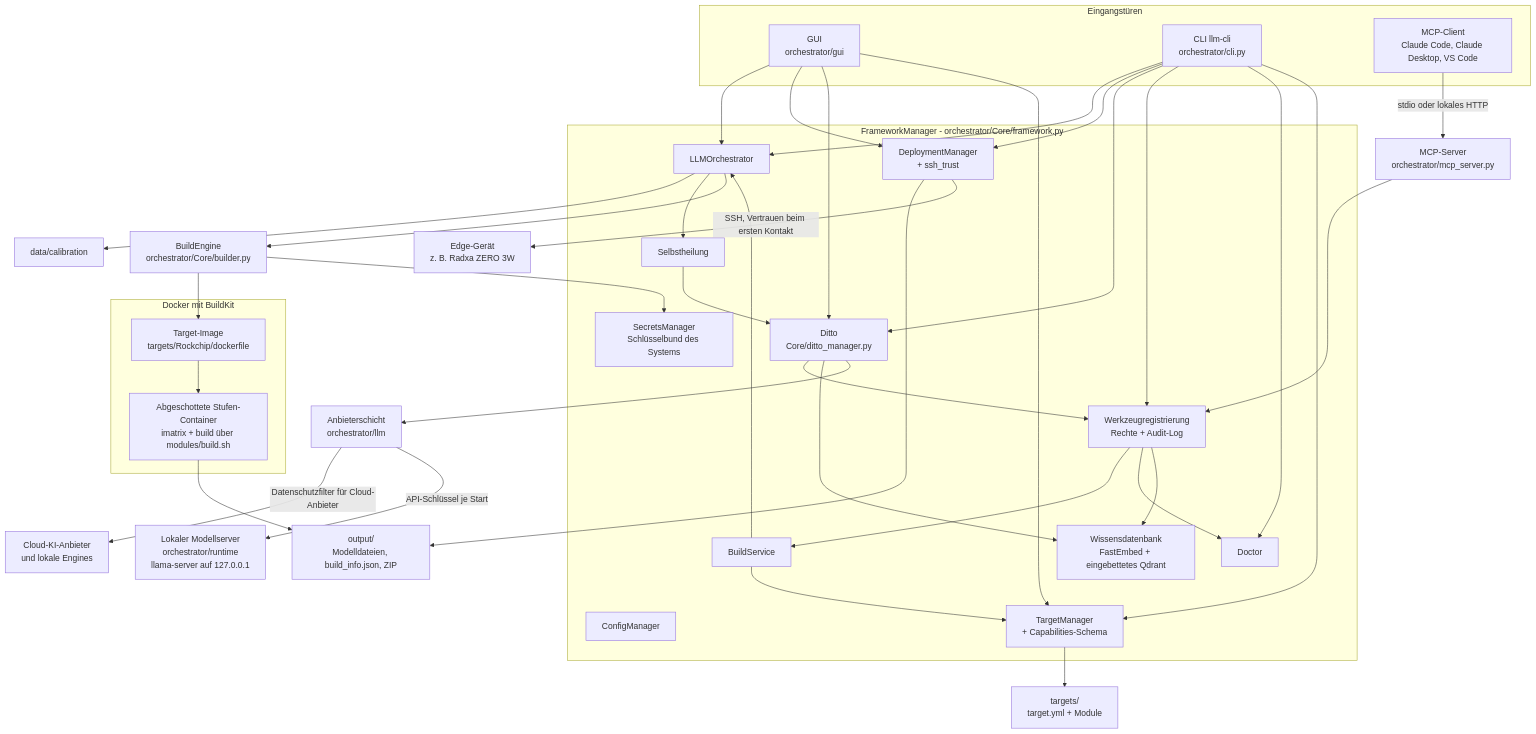
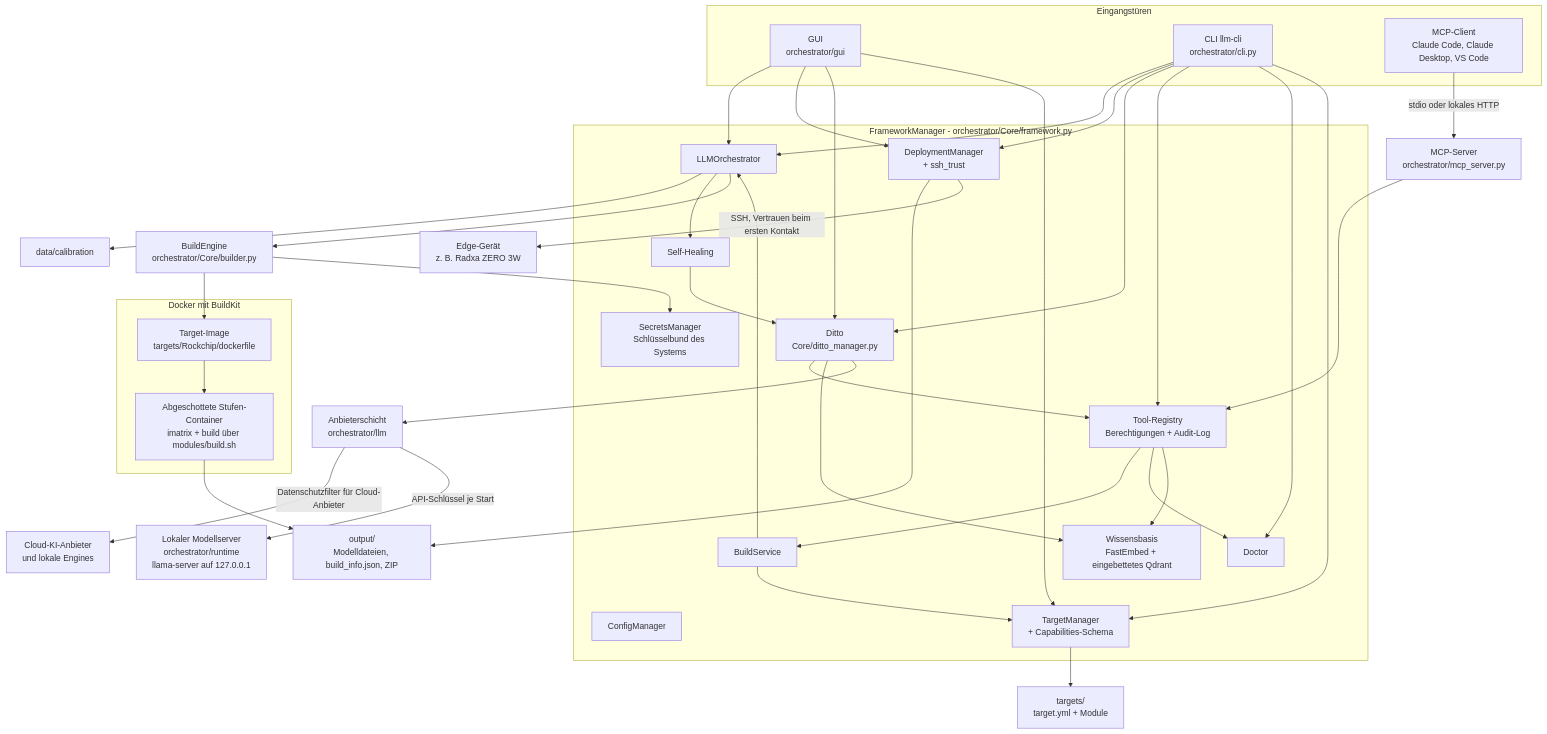
One commit to Smilez1985/LLM_Cross-Compiler_Framework changed the first of 2 diagrams in docs/BLUEPRINT_DE.md. Above: the diagram before and after it, drawn with Mermaid. The commit also changed other lines of this file and 7 other files, not shown here.

````diff
--- a/docs/BLUEPRINT_DE.md
+++ b/docs/BLUEPRINT_DE.md
@@ -82,71 +82,71 @@
 ```mermaid
 flowchart TB
     subgraph Doors["Eingangstüren"]
         GUI["GUI<br/>orchestrator/gui"]
         CLI["CLI llm-cli<br/>orchestrator/cli.py"]
         CLIENT["MCP-Client<br/>Claude Code, Claude Desktop, VS Code"]
     end
     MCPS["MCP-Server<br/>orchestrator/mcp_server.py"]
 
     subgraph Core["FrameworkManager - orchestrator/Core/framework.py"]
         CFG["ConfigManager"]
         SEC["SecretsManager<br/>Schlüsselbund des Systems"]
         TM["TargetManager<br/>+ Capabilities-Schema"]
-        TOOLS["Werkzeugregistrierung<br/>Rechte + Audit-Log"]
+        TOOLS["Tool-Registry<br/>Berechtigungen + Audit-Log"]
         BS["BuildService"]
         ORC["LLMOrchestrator"]
-        HEAL["Selbstheilung"]
+        HEAL["Self-Healing"]
         DITTO["Ditto<br/>Core/ditto_manager.py"]
-        RAG["Wissensdatenbank<br/>FastEmbed + eingebettetes Qdrant"]
+        RAG["Wissensbasis<br/>FastEmbed + eingebettetes Qdrant"]
         DOC["Doctor"]
         DEP["DeploymentManager<br/>+ ssh_trust"]
     end
 
     LLM["Anbieterschicht<br/>orchestrator/llm"]
     RT["Lokaler Modellserver<br/>orchestrator/runtime<br/>llama-server auf 127.0.0.1"]
     CLOUD["Cloud-KI-Anbieter<br/>und lokale Engines"]
 
     BE["BuildEngine<br/>orchestrator/Core/builder.py"]
     subgraph Docker["Docker mit BuildKit"]
         IMG["Target-Image<br/>targets/Rockchip/dockerfile"]
         SBX["Abgeschottete Stufen-Container<br/>imatrix + build über modules/build.sh"]
     end
     TGT["targets/<br/>target.yml + Module"]
     CAL["data/calibration"]
     OUT["output/<br/>Modelldateien, build_info.json, ZIP"]
     DEV["Edge-Gerät<br/>z. B. Radxa ZERO 3W"]
 
     CLIENT -->|"stdio oder lokales HTTP"| MCPS
     MCPS --> TOOLS
     DITTO --> TOOLS
     TOOLS --> BS
     TOOLS --> DOC
     TOOLS --> RAG
     BS --> ORC
     GUI --> ORC
     CLI --> ORC
     GUI --> DEP
     CLI --> DEP
     GUI --> DITTO
     CLI --> DITTO
     CLI --> TOOLS
     CLI --> DOC
     BS --> TM
     GUI --> TM
     CLI --> TM
     TM --> TGT
     ORC --> CAL
     ORC --> HEAL
     HEAL --> DITTO
     DITTO --> RAG
     DITTO --> LLM
     LLM -->|"Datenschutzfilter für Cloud-Anbieter"| CLOUD
     LLM -->|"API-Schlüssel je Start"| RT
     ORC --> BE
     BE --> SEC
     BE --> IMG
     IMG --> SBX
     SBX --> OUT
     DEP --> OUT
     DEP -->|"SSH, Vertrauen beim ersten Kontakt"| DEV
 ```
````
